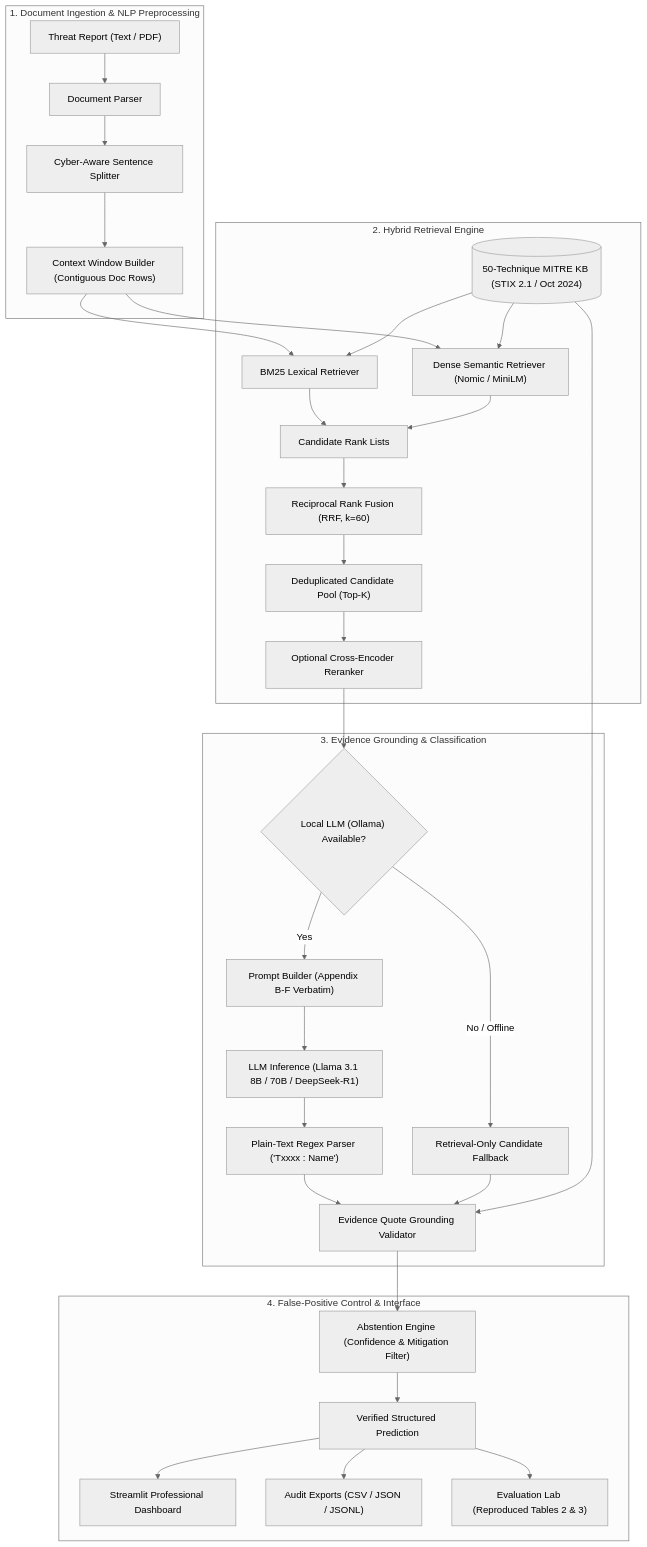
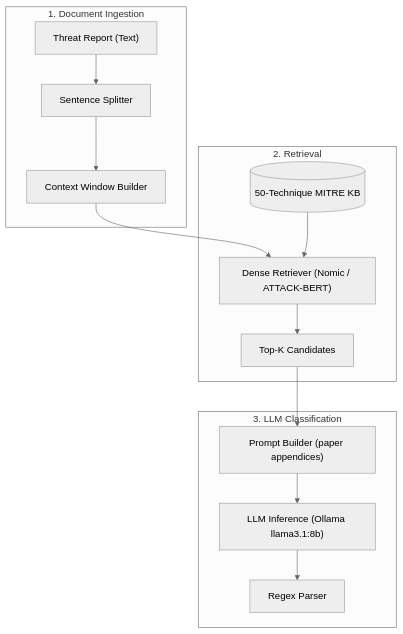
The diagram in README.md (Sanika02025/ThreatMap), drawn with Mermaid (neutral theme) before and after one commit. The commit also changed other lines of this file and 12 other files, not shown here.

````diff
--- a/README.md
+++ b/README.md
@@ -46,44 +111,19 @@
 ```mermaid
 flowchart TD
-    subgraph Ingestion ["1. Document Ingestion & NLP Preprocessing"]
-        A["Threat Report (Text / PDF)"] --> B["Document Parser"]
-        B --> C["Cyber-Aware Sentence Splitter"]
-        C --> D["Context Window Builder (Contiguous Doc Rows)"]
+    subgraph Ingestion ["1. Document Ingestion"]
+        A["Threat Report (Text)"] --> B["Sentence Splitter"]
+        B --> C["Context Window Builder"]
     end
 
-    subgraph Retrieval ["2. Hybrid Retrieval Engine"]
-        D --> E1["BM25 Lexical Retriever"]
-        D --> E2["Dense Semantic Retriever (Nomic / MiniLM)"]
-        
-        KB[("50-Technique MITRE KB (STIX 2.1 / Oct 2024)")] --> E1
-        KB --> E2
-        
-        E1 --> F["Candidate Rank Lists"]
-        E2 --> F
-        
-        F --> G["Reciprocal Rank Fusion (RRF, k=60)"]
-        G --> H["Deduplicated Candidate Pool (Top-K)"]
-        H --> I["Optional Cross-Encoder Reranker"]
+    subgraph Retrieval ["2. Retrieval"]
+        C --> E2["Dense Retriever (Nomic / ATTACK-BERT)"]
+        KB[("50-Technique MITRE KB")] --> E2
+        E2 --> H["Top-K Candidates"]
     end
 
-    subgraph Classification ["3. Evidence Grounding & Classification"]
-        I --> J{"Local LLM (Ollama) Available?"}
-        J -- "Yes" --> K["Prompt Builder (Appendix B-F Verbatim)"]
-        K --> L["LLM Inference (Llama 3.1 8B / 70B / DeepSeek-R1)"]
-        L --> M["Plain-Text Regex Parser ('Txxxx : Name')"]
-        J -- "No / Offline" --> N["Retrieval-Only Candidate Fallback"]
-        
-        M --> O["Evidence Quote Grounding Validator"]
-        N --> O
-        KB --> O
-    end
-
-    subgraph Assurance ["4. False-Positive Control & Interface"]
-        O --> P["Abstention Engine (Confidence & Mitigation Filter)"]
-        P --> Q["Verified Structured Prediction"]
-        
-        Q --> R["Streamlit Professional Dashboard"]
-        Q --> S["Audit Exports (CSV / JSON / JSONL)"]
-        Q --> T["Evaluation Lab (Reproduced Tables 2 & 3)"]
+    subgraph Classification ["3. LLM Classification"]
+        H --> K["Prompt Builder (paper appendices)"]
+        K --> L["LLM Inference (Ollama llama3.1:8b)"]
+        L --> M["Regex Parser"]
     end
 ```
````
